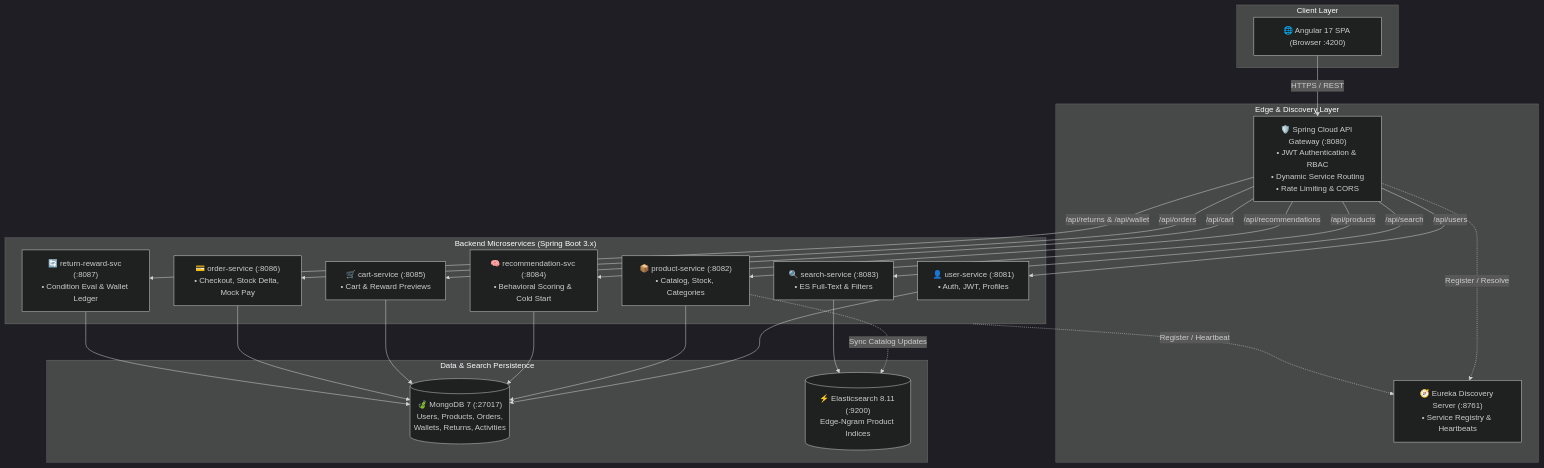
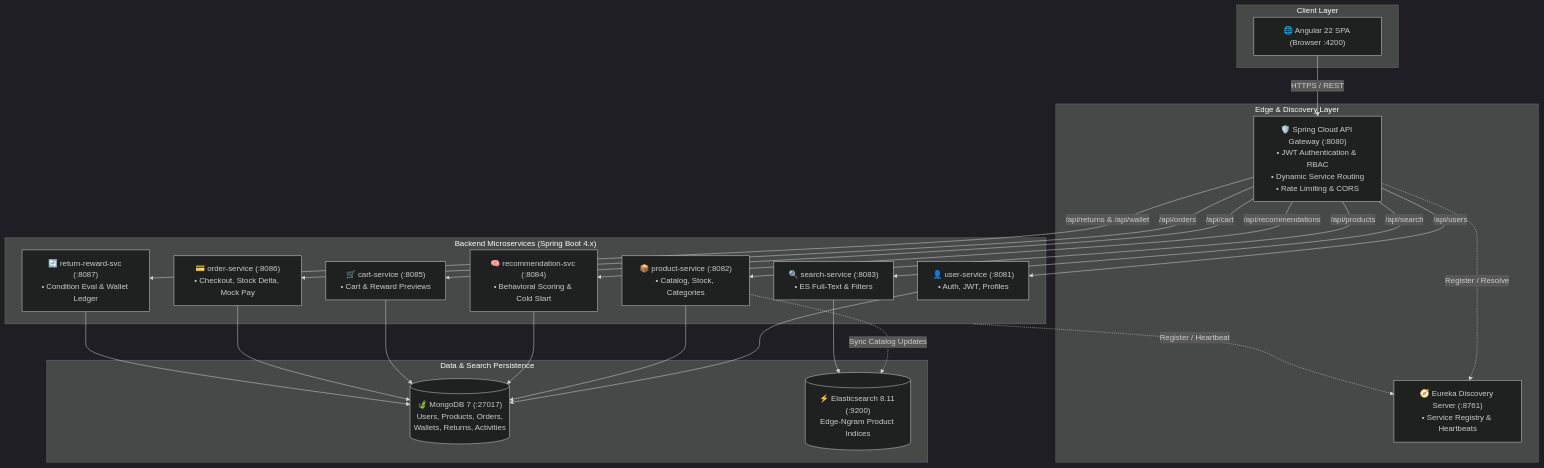
One commit to Trilochan77/E-commerce changed the first of 5 diagrams in README.md. Above: the diagram before and after it, drawn with Mermaid (dark theme). The commit also changed other lines of this file and 9 other files, not shown here.

Commit message:
upgrade stack to Spring Boot 4, Spring Cloud 2025, and Angular 22 with new runbooks

````diff
--- a/README.md
+++ b/README.md
@@ -60,48 +60,48 @@
 ```mermaid
 graph TB
     subgraph ClientLayer ["Client Layer"]
-        SPA["🌐 Angular 17 SPA (Browser :4200)"]
+        SPA["🌐 Angular 22 SPA (Browser :4200)"]
     end
 
     subgraph EdgeLayer ["Edge & Discovery Layer"]
         Gateway["🛡️ Spring Cloud API Gateway (:8080)<br/>• JWT Authentication & RBAC<br/>• Dynamic Service Routing<br/>• Rate Limiting & CORS"]
         Eureka["🧭 Eureka Discovery Server (:8761)<br/>• Service Registry & Heartbeats"]
     end
 
-    subgraph CoreServices ["Backend Microservices (Spring Boot 3.x)"]
+    subgraph CoreServices ["Backend Microservices (Spring Boot 4.x)"]
         UserSvc["👤 user-service (:8081)<br/>• Auth, JWT, Profiles"]
         ProdSvc["📦 product-service (:8082)<br/>• Catalog, Stock, Categories"]
         SearchSvc["🔍 search-service (:8083)<br/>• ES Full-Text & Filters"]
         RecSvc["🧠 recommendation-svc (:8084)<br/>• Behavioral Scoring & Cold Start"]
         CartSvc["🛒 cart-service (:8085)<br/>• Cart & Reward Previews"]
         OrderSvc["💳 order-service (:8086)<br/>• Checkout, Stock Delta, Mock Pay"]
         ReturnSvc["🔄 return-reward-svc (:8087)<br/>• Condition Eval & Wallet Ledger"]
     end
 
     subgraph DataLayer ["Data & Search Persistence"]
         Mongo[("🍃 MongoDB 7 (:27017)<br/>Users, Products, Orders,<br/>Wallets, Returns, Activities")]
         ES[("⚡ Elasticsearch 8.11 (:9200)<br/>Edge-Ngram Product Indices")]
     end
 
     %% Connections
     SPA -->|HTTPS / REST| Gateway
     Gateway -.->|Register / Resolve| Eureka
     CoreServices -.->|Register / Heartbeat| Eureka
 
     Gateway -->|/api/users| UserSvc
     Gateway -->|/api/products| ProdSvc
     Gateway -->|/api/search| SearchSvc
     Gateway -->|/api/recommendations| RecSvc
     Gateway -->|/api/cart| CartSvc
     Gateway -->|/api/orders| OrderSvc
     Gateway -->|/api/returns & /api/wallet| ReturnSvc
 
     UserSvc --> Mongo
     ProdSvc --> Mongo
     ProdSvc -.->|Sync Catalog Updates| ES
     SearchSvc --> ES
     RecSvc --> Mongo
     CartSvc --> Mongo
     OrderSvc --> Mongo
     ReturnSvc --> Mongo
 ```
````
